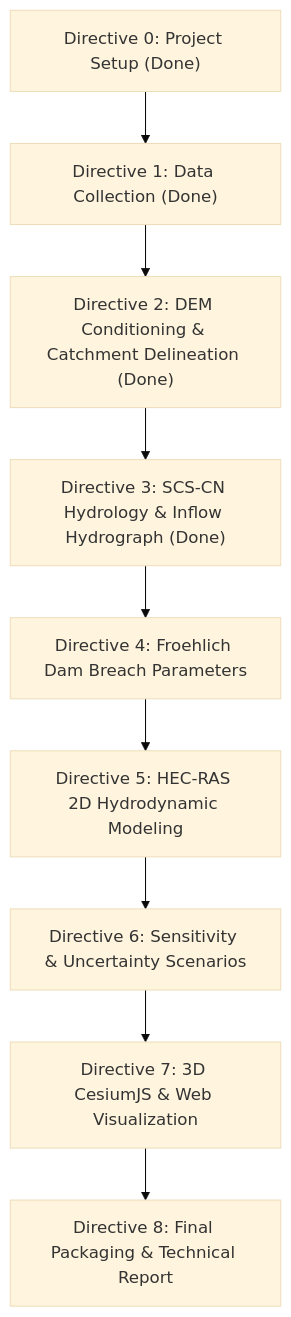
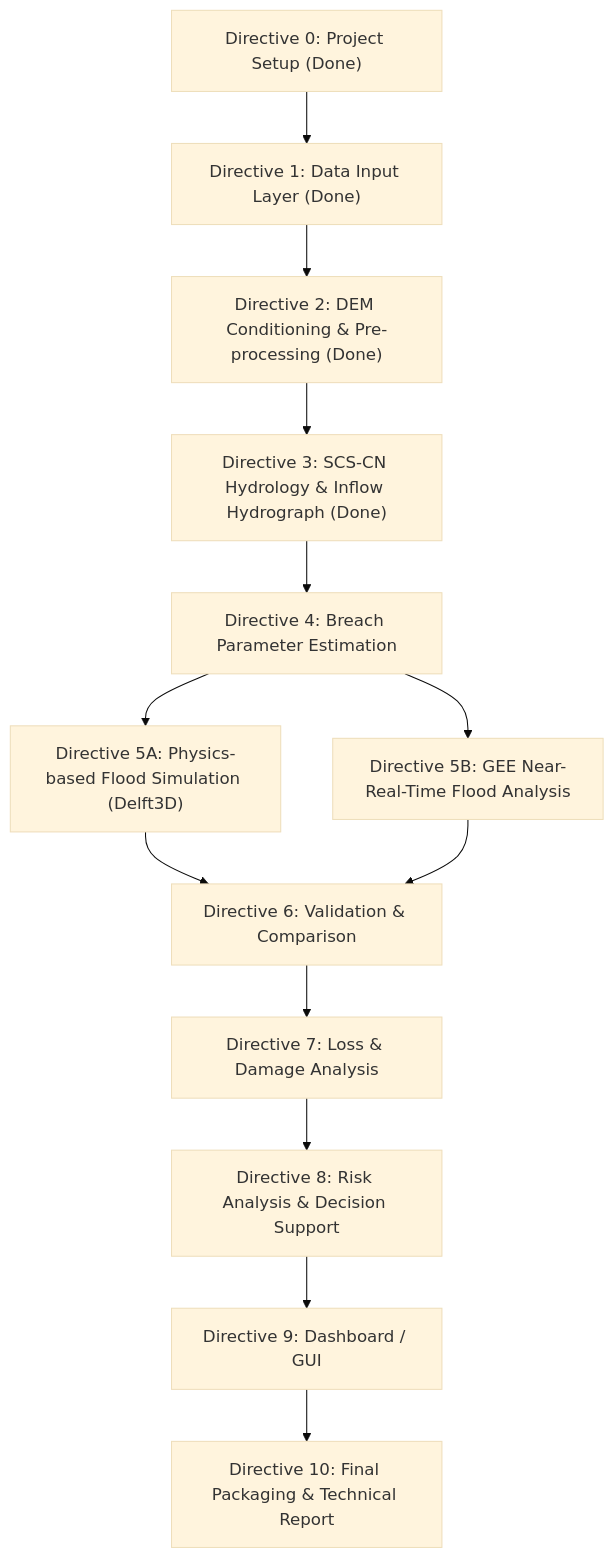
Before and after one commit to N1kill/SIH-2026: the diagram in docs/project_status_and_roadmap.md, drawn with Mermaid (base theme). The commit also changed other lines of this file, not shown here.

Commit message:
updated project status

````diff
--- a/docs/project_status_and_roadmap.md
+++ b/docs/project_status_and_roadmap.md
@@ -35,11 +56,15 @@
 ```mermaid
 graph TD
-    D0["Directive 0: Project Setup (Done)"] --> D1["Directive 1: Data Collection (Done)"]
-    D1 --> D2["Directive 2: DEM Conditioning & Catchment Delineation (Done)"]
+    D0["Directive 0: Project Setup (Done)"] --> D1["Directive 1: Data Input Layer (Done)"]
+    D1 --> D2["Directive 2: DEM Conditioning & Pre-processing (Done)"]
     D2 --> D3["Directive 3: SCS-CN Hydrology & Inflow Hydrograph (Done)"]
-    D3 --> D4["Directive 4: Froehlich Dam Breach Parameters"]
-    D4 --> D5["Directive 5: HEC-RAS 2D Hydrodynamic Modeling"]
-    D5 --> D6["Directive 6: Sensitivity & Uncertainty Scenarios"]
-    D6 --> D7["Directive 7: 3D CesiumJS & Web Visualization"]
-    D7 --> D8["Directive 8: Final Packaging & Technical Report"]
+    D3 --> D4["Directive 4: Breach Parameter Estimation"]
+    D4 --> D5A["Directive 5A: Physics-based Flood Simulation (Delft3D)"]
+    D4 --> D5B["Directive 5B: GEE Near-Real-Time Flood Analysis"]
+    D5A --> D6["Directive 6: Validation & Comparison"]
+    D5B --> D6
+    D6 --> D7["Directive 7: Loss & Damage Analysis"]
+    D7 --> D8["Directive 8: Risk Analysis & Decision Support"]
+    D8 --> D9["Directive 9: Dashboard / GUI"]
+    D9 --> D10["Directive 10: Final Packaging & Technical Report"]
 ```
````
